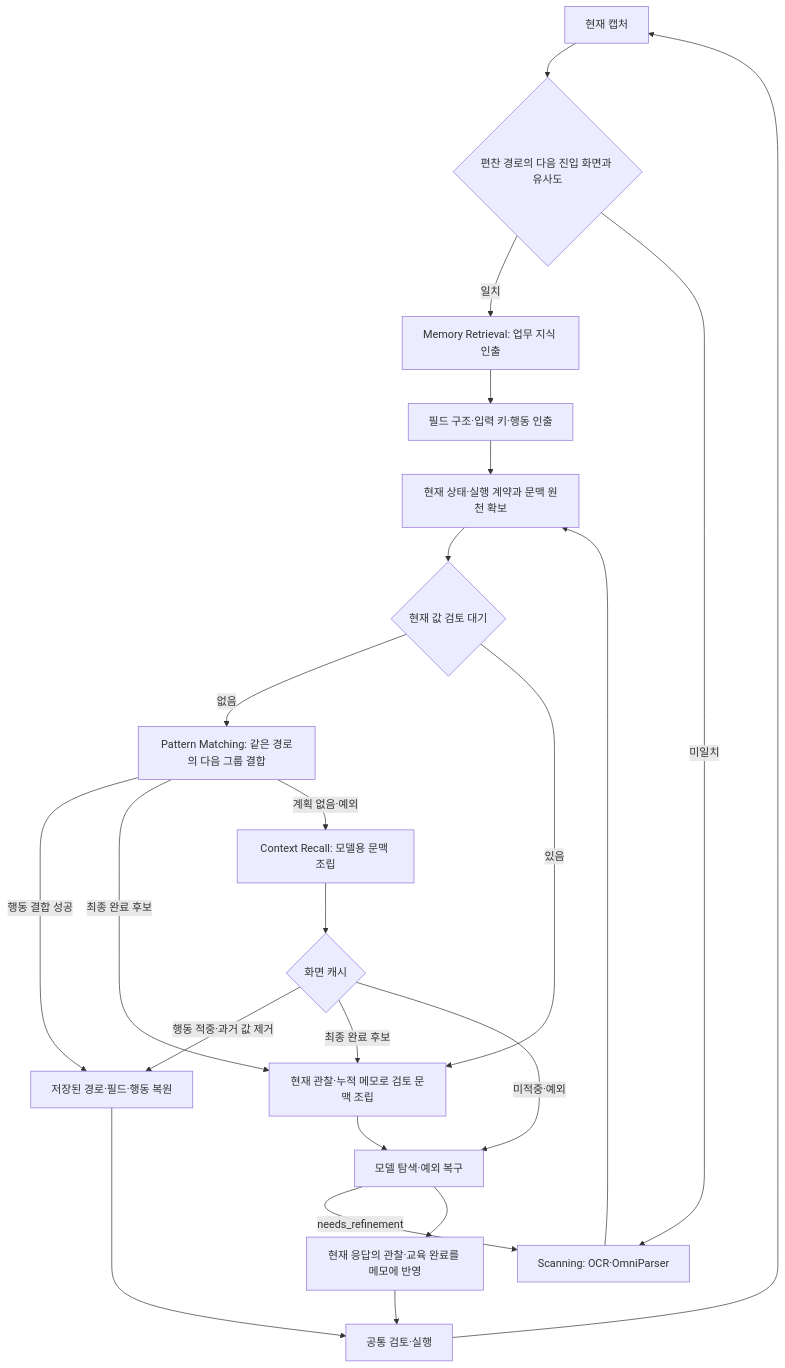
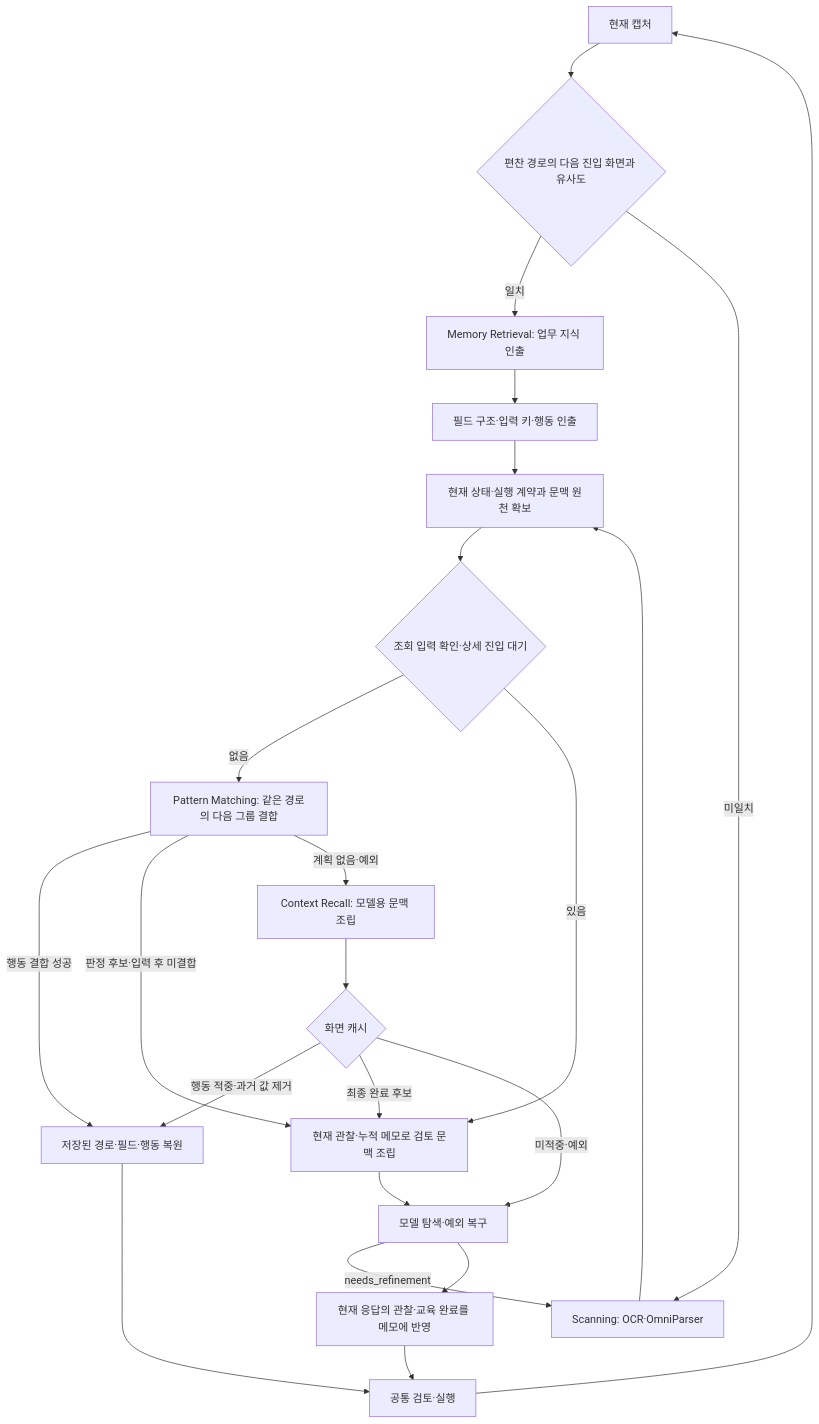
The third of 3 diagrams in docs/code-flow.md (Dreamtreeme/agent-sawon), drawn with Mermaid before and after one commit. The commit also changed other lines of this file and 14 other files, not shown here.

````diff
--- a/docs/code-flow.md
+++ b/docs/code-flow.md
@@ -68,25 +68,25 @@
 ```mermaid
 flowchart TD
     CAP[현재 캡처] --> SIM{편찬 경로의 다음 진입 화면과 유사도}
     SIM -->|일치| MEM[Memory Retrieval: 업무 지식 인출]
     SIM -->|미일치| SCAN[Scanning: OCR·OmniParser]
     MEM --> STRUCTURE[필드 구조·입력 키·행동 인출]
     STRUCTURE --> STATE[현재 상태·실행 계약과 문맥 원천 확보]
     SCAN --> STATE
-    STATE --> NEED{현재 값 검토 대기}
+    STATE --> NEED{조회 입력 확인·상세 진입 대기}
     NEED -->|없음| MATCH[Pattern Matching: 같은 경로의 다음 그룹 결합]
     NEED -->|있음| CURRENT[현재 관찰·누적 메모로 검토 문맥 조립]
     MATCH -->|행동 결합 성공| RESTORE[저장된 경로·필드·행동 복원]
-    MATCH -->|최종 완료 후보| CURRENT
+    MATCH -->|판정 후보·입력 후 미결합| CURRENT
     MATCH -->|계획 없음·예외| RECALL[Context Recall: 모델용 문맥 조립]
     RECALL --> CACHE{화면 캐시}
     CACHE -->|행동 적중·과거 값 제거| RESTORE
     CACHE -->|최종 완료 후보| CURRENT
     CACHE -->|미적중·예외| DECIDE[모델 탐색·예외 복구]
     CURRENT --> DECIDE
     DECIDE -->|needs_refinement| SCAN
     DECIDE --> MEMO[현재 응답의 관찰·교육 완료를 메모에 반영]
     MEMO --> EXEC[공통 검토·실행]
     RESTORE --> EXEC
     EXEC --> CAP
 ```
````
